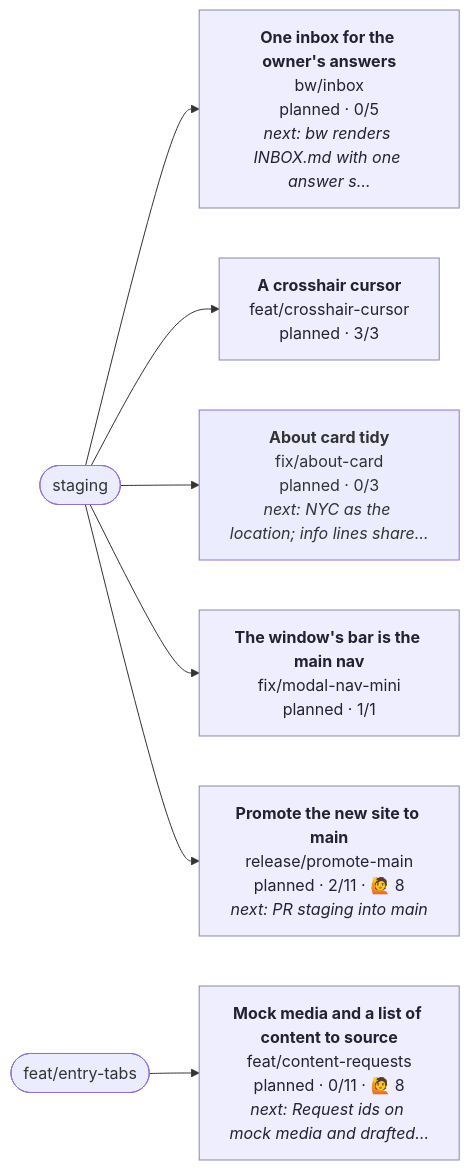
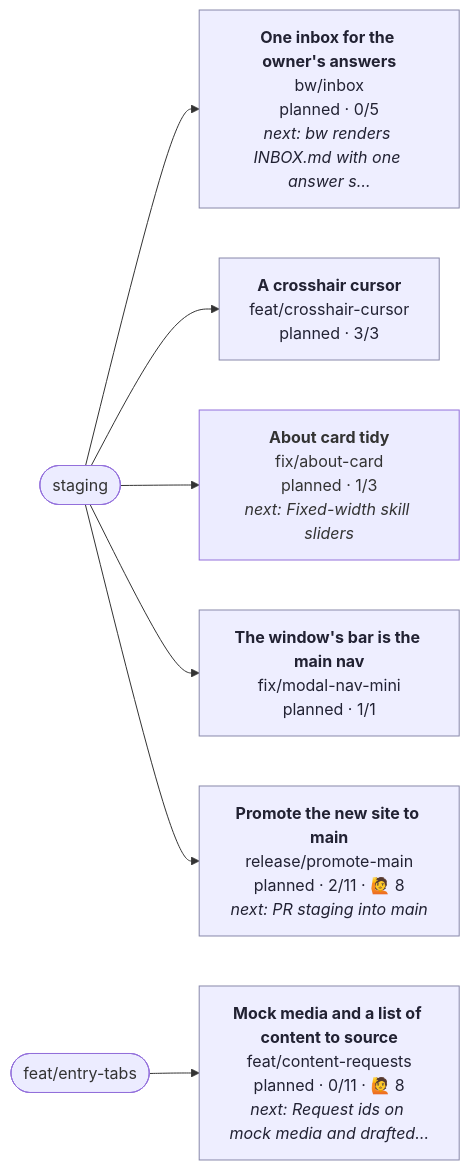
One commit to henryjonescodes/portfolio changed the diagram in CONTRIBUTING.md. Above: the diagram before and after it, drawn with Mermaid. The commit also changed other lines of this file, not shown here.

````diff
--- a/CONTRIBUTING.md
+++ b/CONTRIBUTING.md
@@ -17,28 +17,28 @@
 ```mermaid
 flowchart LR
   n_staging([staging])
   n_feat_entry_tabs([feat/entry-tabs])
   n_bw_inbox["<b>One inbox for the owner's answers</b><br/>bw/inbox<br/>planned · 0/5<br/><i>next: bw renders INBOX.md with one answer s…</i>"]
   class n_bw_inbox planned
   n_staging --> n_bw_inbox
   n_feat_content_requests["<b>Mock media and a list of content to source</b><br/>feat/content-requests<br/>planned · 0/11 · 🙋 8<br/><i>next: Request ids on mock media and drafted…</i>"]
   class n_feat_content_requests planned
   n_feat_entry_tabs --> n_feat_content_requests
   n_feat_crosshair_cursor["<b>A crosshair cursor</b><br/>feat/crosshair-cursor<br/>planned · 3/3"]
   class n_feat_crosshair_cursor planned
   n_staging --> n_feat_crosshair_cursor
-  n_fix_about_card["<b>About card tidy</b><br/>fix/about-card<br/>planned · 0/3<br/><i>next: NYC as the location; info lines share…</i>"]
+  n_fix_about_card["<b>About card tidy</b><br/>fix/about-card<br/>planned · 1/3<br/><i>next: Fixed-width skill sliders</i>"]
   class n_fix_about_card planned,current
   n_staging --> n_fix_about_card
   n_fix_modal_nav_mini["<b>The window's bar is the main nav</b><br/>fix/modal-nav-mini<br/>planned · 1/1"]
   class n_fix_modal_nav_mini planned
   n_staging --> n_fix_modal_nav_mini
   n_release_promote_main["<b>Promote the new site to main</b><br/>release/promote-main<br/>planned · 2/11 · 🙋 8<br/><i>next: PR staging into main</i>"]
   class n_release_promote_main planned
   n_staging --> n_release_promote_main
   classDef planned fill:#eef,stroke:#88a,color:#223
   classDef active fill:#dfd,stroke:#3a3,stroke-width:3px,color:#132
   classDef blocked fill:#fdd,stroke:#c33,color:#311
   classDef review fill:#ffd,stroke:#cc3,color:#331
   classDef current stroke:#06c,stroke-width:4px
 ```
````
